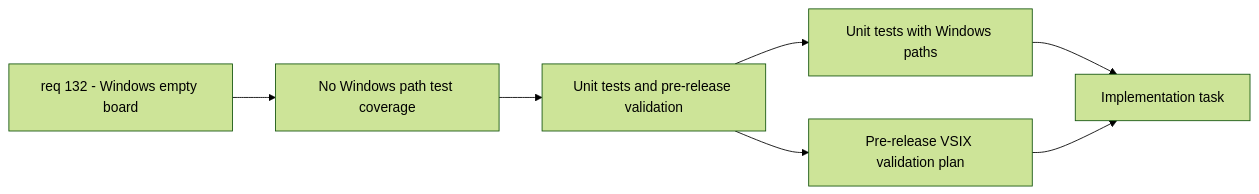
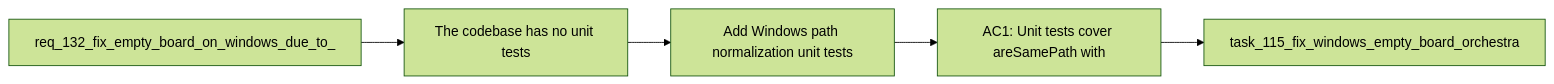
The diagram in logics/backlog/item_253_add_windows_path_normalization_unit_tests_and_pre_release_validation.md (AlexAgo83/logics-manager), drawn with Mermaid (forest theme) before and after one commit. The commit also changed 481 other files, not shown here.

````diff
--- a/logics/backlog/item_253_add_windows_path_normalization_unit_tests_and_pre_release_validation.md
+++ b/logics/backlog/item_253_add_windows_path_normalization_unit_tests_and_pre_release_validation.md
@@ -21,11 +21,9 @@
 ```mermaid
 %% logics-kind: backlog
 %% logics-signature: backlog|add-windows-path-normalization-unit-test|req-132-fix-empty-board-on-windows-due-t|the-codebase-has-no-unit-tests|ac1-unit-tests-cover-aresamepath-with
 flowchart LR
-    Request[req 132 - Windows empty board] --> Problem[No Windows path test coverage]
-    Problem --> Scope[Unit tests and pre-release validation]
-    Scope --> AC1[Unit tests with Windows paths]
-    Scope --> AC2[Pre-release VSIX validation plan]
-    AC1 --> Task[Implementation task]
-    AC2 --> Task
+    Request[req_132_fix_empty_board_on_windows_due_to_] --> Problem[The codebase has no unit tests]
+    Problem --> Scope[Add Windows path normalization unit tests]
+    Scope --> Acceptance[AC1: Unit tests cover areSamePath with]
+    Acceptance --> Tasks[task_115_fix_windows_empty_board_orchestra]
 ```
````
